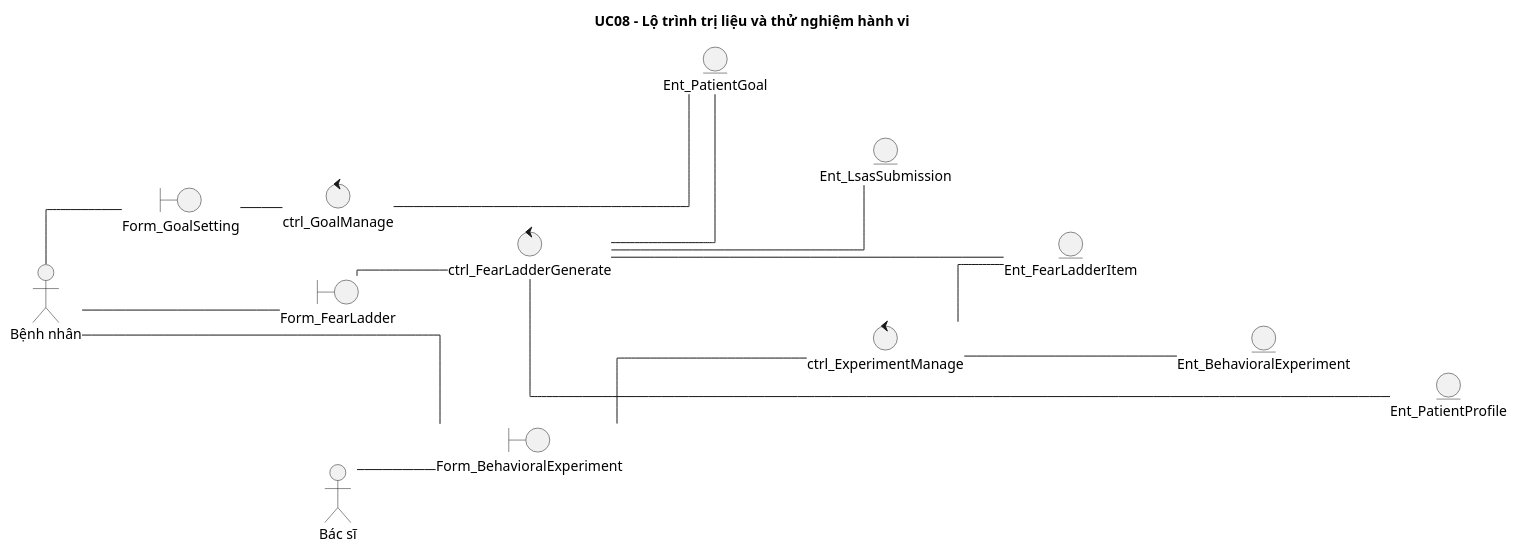
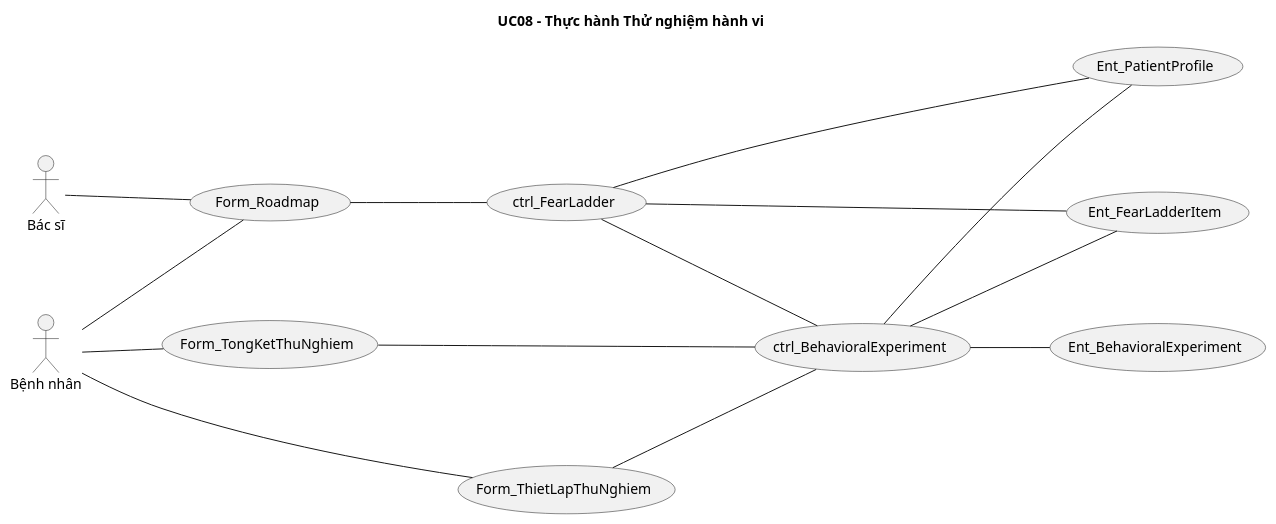
The diagram in docs/diagrams/Bieudolop/uc08_therapy_roadmap_bieudolop.puml (phuongtech24/do_an), drawn with PlantUML before and after one commit. The commit also changed 61 other files, not shown here.

Commit message:
[Update] Update chức năng theo dõi biểu đồ quá trình trị liệu

```diff
--- a/docs/diagrams/Bieudolop/uc08_therapy_roadmap_bieudolop.puml
+++ b/docs/diagrams/Bieudolop/uc08_therapy_roadmap_bieudolop.puml
@@ -1,45 +1,38 @@
 @startuml
 skinparam defaultFontName "Times New Roman"
 skinparam shadowing false
 skinparam monochrome true
-skinparam linetype ortho
-skinparam nodesep 45
-skinparam ranksep 40
-title UC08 - Lộ trình trị liệu và thử nghiệm hành vi
+skinparam nodesep 80
+skinparam ranksep 80
 left to right direction
-actor "Bệnh nhân" as A1
-actor "Bác sĩ" as A2
-boundary "Form_GoalSetting" as B1
-boundary "Form_FearLadder" as B2
-boundary "Form_BehavioralExperiment" as B3
-control "ctrl_GoalManage" as C1
-control "ctrl_FearLadderGenerate" as C2
-control "ctrl_ExperimentManage" as C3
-entity "Ent_PatientGoal" as E1
-entity "Ent_LsasSubmission" as E2
-entity "Ent_FearLadderItem" as E3
-entity "Ent_BehavioralExperiment" as E4
-entity "Ent_PatientProfile" as E5
-B1 -[hidden]down-> B2
-B2 -[hidden]down-> B3
-C1 -[hidden]down-> C2
-C2 -[hidden]down-> C3
-E1 -[hidden]down-> E2
-E2 -[hidden]down-> E3
-E3 -[hidden]down-> E4
-E4 -[hidden]down-> E5
-A1 -- B1
-A1 -- B2
-A1 -- B3
-A2 -- B3
+title UC08 - Thực hành Thử nghiệm hành vi
+
+actor "Bệnh nhân" as Patient
+actor "Bác sĩ" as Therapist
+
+usecase "Form_Roadmap" as B1
+usecase "Form_ThietLapThuNghiem" as B2
+usecase "Form_TongKetThuNghiem" as B3
+usecase "ctrl_FearLadder" as C1
+usecase "ctrl_BehavioralExperiment" as C2
+
+usecase "Ent_FearLadderItem" as E1
+usecase "Ent_BehavioralExperiment" as E2
+usecase "Ent_PatientProfile" as E3
+
+Patient -- B1
+Patient -- B2
+Patient -- B3
+Therapist -- B1
+
 B1 -- C1
 B2 -- C2
-B3 -- C3
+B3 -- C2
+C1 -- C2
+
 C1 -- E1
+C1 -- E3
 C2 -- E1
 C2 -- E2
 C2 -- E3
-C2 -- E5
-C3 -- E3
-C3 -- E4
 @enduml
```
